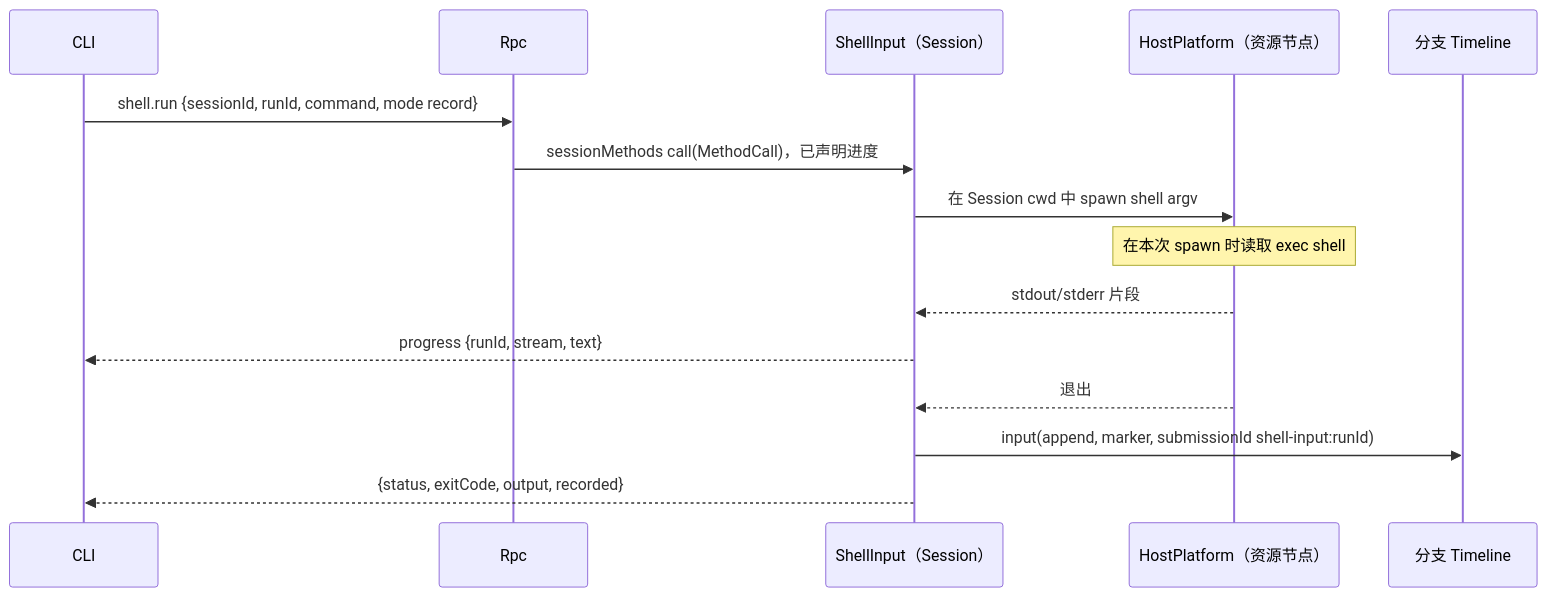
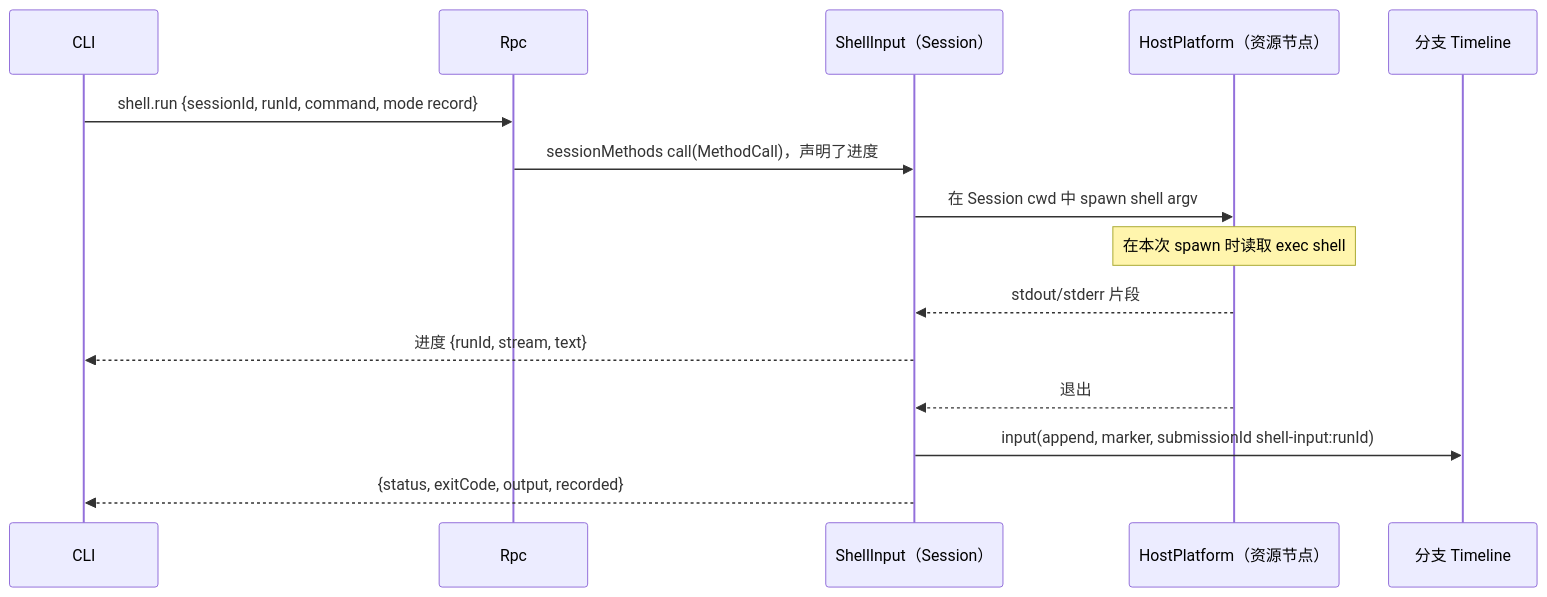
One commit to CoutinhoTTS/dim-agent changed the third of 5 diagrams in docs/zh/design/plugins/ShellInput.md. Above: the diagram before and after it, drawn with Mermaid. The commit also changed other lines of this file and 18 other files, not shown here.

````diff
--- a/docs/zh/design/plugins/ShellInput.md
+++ b/docs/zh/design/plugins/ShellInput.md
@@ -67,17 +67,17 @@
 ```mermaid
 sequenceDiagram
   participant C as CLI
   participant R as Rpc
   participant SI as ShellInput（Session）
   participant HP as HostPlatform（资源节点）
   participant TL as 分支 Timeline
   C->>R: shell.run {sessionId, runId, command, mode record}
-  R->>SI: sessionMethods call(MethodCall)，已声明进度
+  R->>SI: sessionMethods call(MethodCall)，声明了进度
   SI->>HP: 在 Session cwd 中 spawn shell argv
   Note over HP: 在本次 spawn 时读取 exec shell
   HP-->>SI: stdout/stderr 片段
-  SI-->>C: progress {runId, stream, text}
+  SI-->>C: 进度 {runId, stream, text}
   HP-->>SI: 退出
   SI->>TL: input(append, marker, submissionId shell-input:runId)
   SI-->>C: {status, exitCode, output, recorded}
 ```
````
